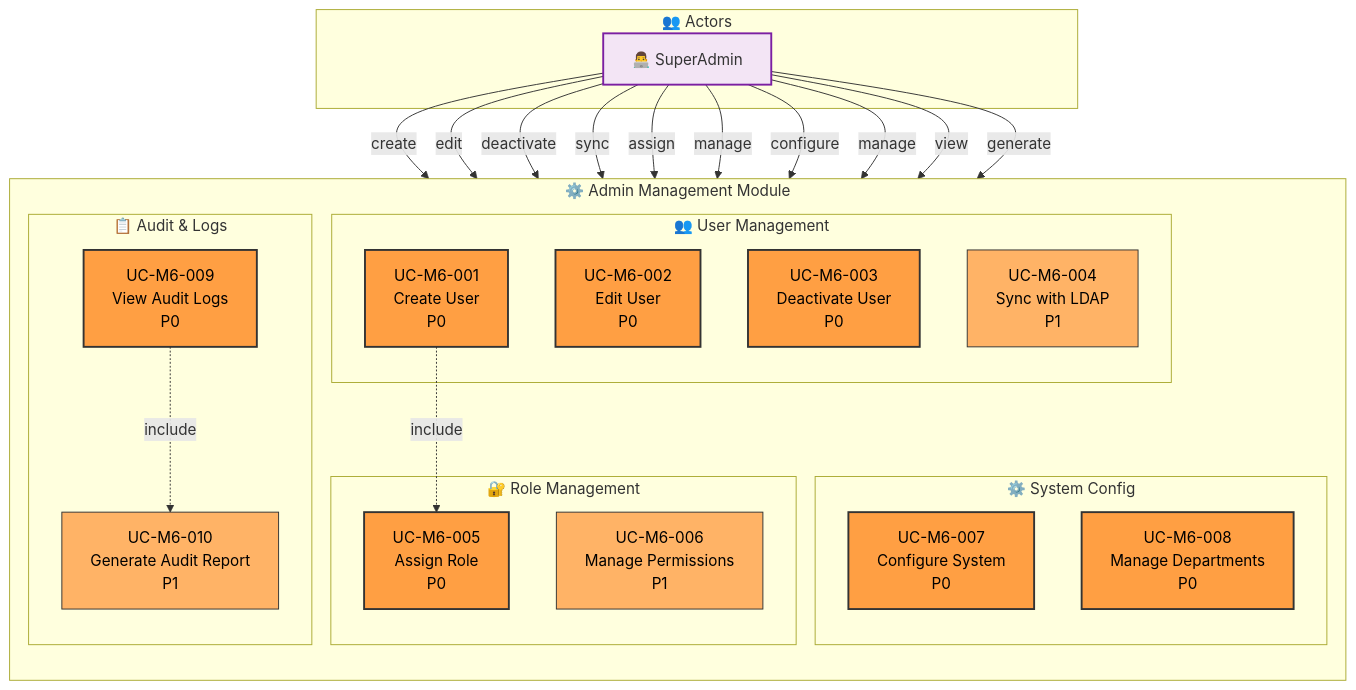
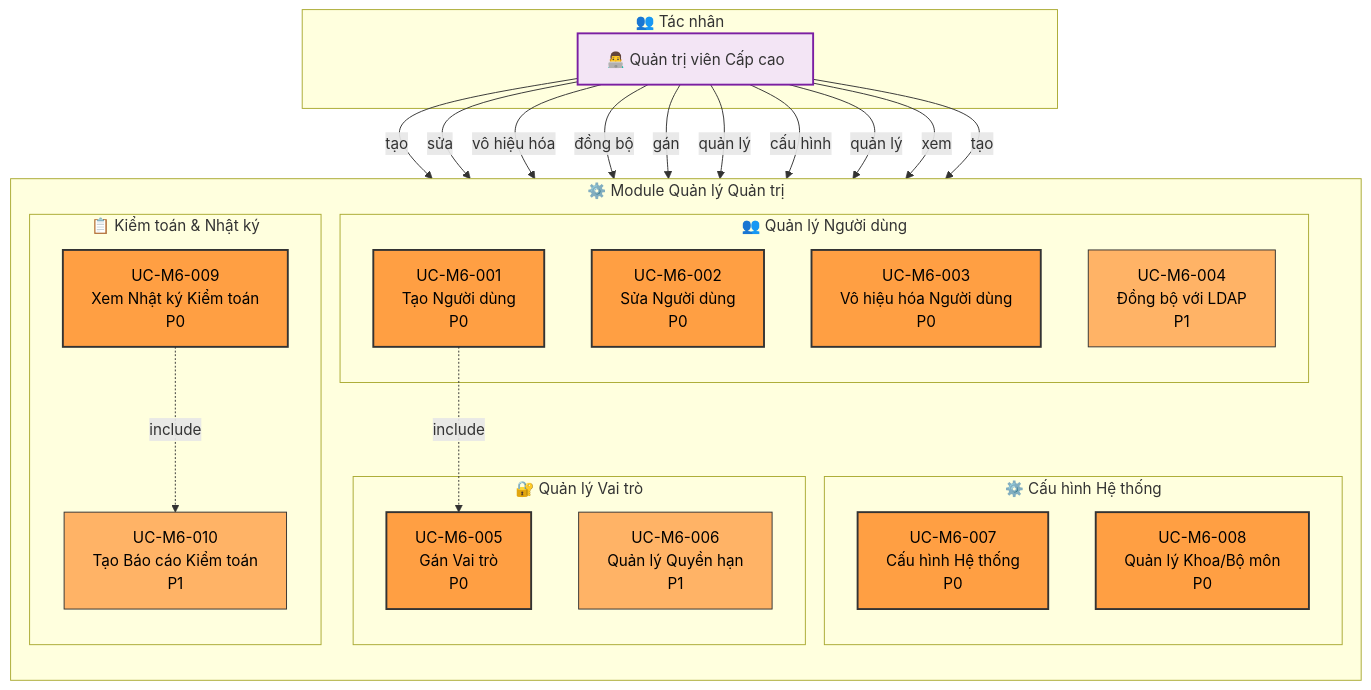
One commit to Ng0cTh4nhk5/ufpms-docs changed the diagram in docs/06_Diagrams/UseCase/module_06_admin.md. Above: the diagram before and after it, drawn with Mermaid. The commit also changed other lines of this file and 70 other files, not shown here.

````diff
--- a/docs/06_Diagrams/UseCase/module_06_admin.md
+++ b/docs/06_Diagrams/UseCase/module_06_admin.md
@@ -24,62 +24,62 @@
 ```mermaid
 graph TB
-    subgraph Actors["👥 Actors"]
-        ADM[👨‍💻 SuperAdmin]
+    subgraph Actors["👥 Tác nhân"]
+        ADM[👨‍💻 Quản trị viên Cấp cao]
     end
     
-    subgraph ADMIN["⚙️ Admin Management Module"]
+    subgraph ADMIN["⚙️ Module Quản lý Quản trị"]
         direction TB
         
-        subgraph UserMgmt["👥 User Management"]
-            UC1[UC-M6-001<br/>Create User<br/>P0]
-            UC2[UC-M6-002<br/>Edit User<br/>P0]
-            UC3[UC-M6-003<br/>Deactivate User<br/>P0]
-            UC4[UC-M6-004<br/>Sync with LDAP<br/>P1]
+        subgraph UserMgmt["👥 Quản lý Người dùng"]
+            UC1[UC-M6-001<br/>Tạo Người dùng<br/>P0]
+            UC2[UC-M6-002<br/>Sửa Người dùng<br/>P0]
+            UC3[UC-M6-003<br/>Vô hiệu hóa Người dùng<br/>P0]
+            UC4[UC-M6-004<br/>Đồng bộ với LDAP<br/>P1]
         end
         
-        subgraph RoleMgmt["🔐 Role Management"]
-            UC5[UC-M6-005<br/>Assign Role<br/>P0]
-            UC6[UC-M6-006<br/>Manage Permissions<br/>P1]
+        subgraph RoleMgmt["🔐 Quản lý Vai trò"]
+            UC5[UC-M6-005<br/>Gán Vai trò<br/>P0]
+            UC6[UC-M6-006<br/>Quản lý Quyền hạn<br/>P1]
         end
         
-        subgraph SystemConfig["⚙️ System Config"]
-            UC7[UC-M6-007<br/>Configure System<br/>P0]
-            UC8[UC-M6-008<br/>Manage Departments<br/>P0]
+        subgraph SystemConfig["⚙️ Cấu hình Hệ thống"]
+            UC7[UC-M6-007<br/>Cấu hình Hệ thống<br/>P0]
+            UC8[UC-M6-008<br/>Quản lý Khoa/Bộ môn<br/>P0]
         end
         
-        subgraph Audit["📋 Audit & Logs"]
-            UC9[UC-M6-009<br/>View Audit Logs<br/>P0]
-            UC10[UC-M6-010<br/>Generate Audit Report<br/>P1]
+        subgraph Audit["📋 Kiểm toán & Nhật ký"]
+            UC9[UC-M6-009<br/>Xem Nhật ký Kiểm toán<br/>P0]
+            UC10[UC-M6-010<br/>Tạo Báo cáo Kiểm toán<br/>P1]
         end
         
         %% Include relationships
         UC1 -.->|include| UC5
         UC9 -.->|include| UC10
     end
     
     %% SuperAdmin connections
-    ADM -->|create| UC1
-    ADM -->|edit| UC2
-    ADM -->|deactivate| UC3
-    ADM -->|sync| UC4
-    ADM -->|assign| UC5
-    ADM -->|manage| UC6
-    ADM -->|configure| UC7
-    ADM -->|manage| UC8
-    ADM -->|view| UC9
-    ADM -->|generate| UC10
+    ADM -->|tạo| UC1
+    ADM -->|sửa| UC2
+    ADM -->|vô hiệu hóa| UC3
+    ADM -->|đồng bộ| UC4
+    ADM -->|gán| UC5
+    ADM -->|quản lý| UC6
+    ADM -->|cấu hình| UC7
+    ADM -->|quản lý| UC8
+    ADM -->|xem| UC9
+    ADM -->|tạo| UC10
     
     %% Styling
     style UC1 fill:#ff9f43,stroke:#333,stroke-width:2px,color:#000
     style UC2 fill:#ff9f43,stroke:#333,stroke-width:2px,color:#000
     style UC3 fill:#ff9f43,stroke:#333,stroke-width:2px,color:#000
     style UC4 fill:#ffb366,stroke:#333,stroke-width:1px,color:#000
     style UC5 fill:#ff9f43,stroke:#333,stroke-width:2px,color:#000
     style UC6 fill:#ffb366,stroke:#333,stroke-width:1px,color:#000
     style UC7 fill:#ff9f43,stroke:#333,stroke-width:2px,color:#000
     style UC8 fill:#ff9f43,stroke:#333,stroke-width:2px,color:#000
     style UC9 fill:#ff9f43,stroke:#333,stroke-width:2px,color:#000
     style UC10 fill:#ffb366,stroke:#333,stroke-width:1px,color:#000
     
     style ADM fill:#f3e5f5,stroke:#7b1fa2,stroke-width:2px
 ```
````
